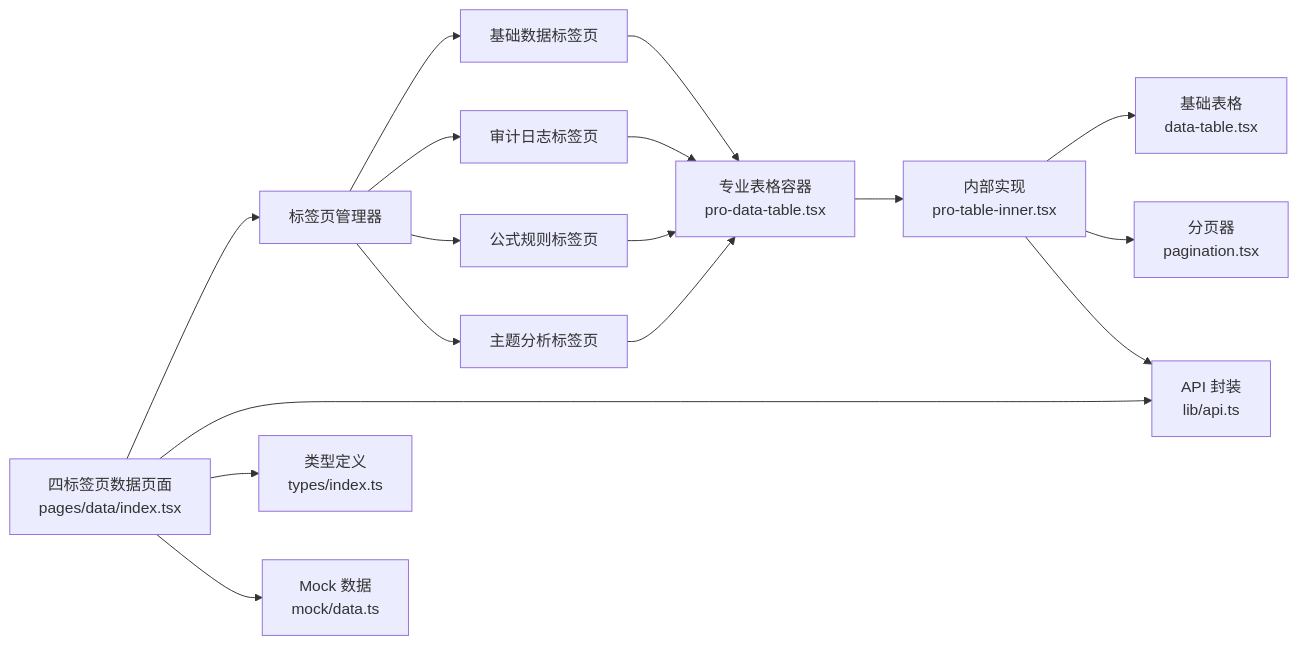
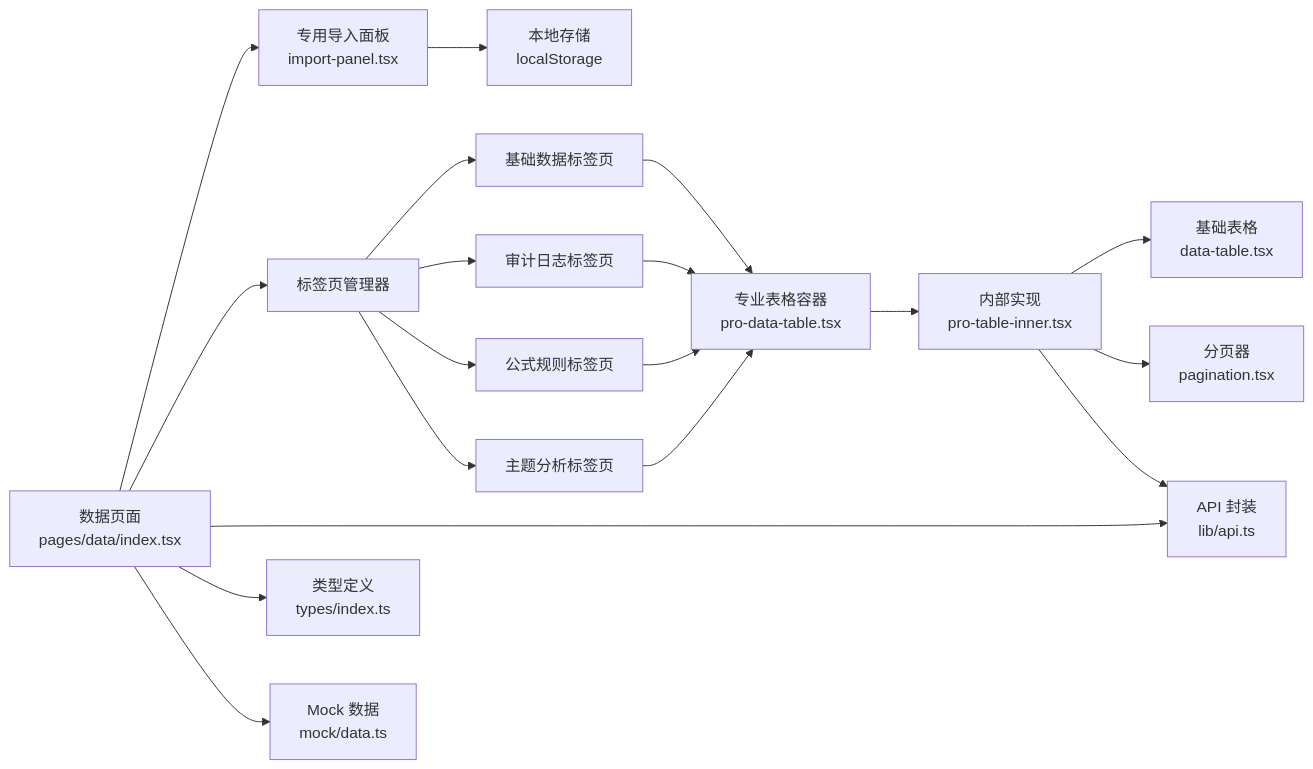
The third of 3 diagrams in .qoder/repowiki/zh/content/页面组件/数据管理页面/数据管理页面.md (Damao997/newproject), drawn with Mermaid before and after one commit. The commit also changed other lines of this file and 118 other files, not shown here.

````diff
--- a/.qoder/repowiki/zh/content/页面组件/数据管理页面/数据管理页面.md
+++ b/.qoder/repowiki/zh/content/页面组件/数据管理页面/数据管理页面.md
@@ -270,19 +275,21 @@
 ```mermaid
 graph LR
-DataPage["四标签页数据页面<br/>pages/data/index.tsx"] --> TabManager["标签页管理器"]
+DataPage["数据页面<br/>pages/data/index.tsx"] --> ImportPanel["专用导入面板<br/>import-panel.tsx"]
+DataPage --> TabManager["标签页管理器"]
 TabManager --> Tab1["基础数据标签页"]
 TabManager --> Tab2["审计日志标签页"]
 TabManager --> Tab3["公式规则标签页"]
 TabManager --> Tab4["主题分析标签页"]
+ImportPanel --> LocalStorage["本地存储<br/>localStorage"]
 Tab1 --> Pro["专业表格容器<br/>pro-data-table.tsx"]
 Tab2 --> Pro
 Tab3 --> Pro
 Tab4 --> Pro
 Pro --> Inner["内部实现<br/>pro-table-inner.tsx"]
 Inner --> Base["基础表格<br/>data-table.tsx"]
 Inner --> Pag["分页器<br/>pagination.tsx"]
 DataPage --> API["API 封装<br/>lib/api.ts"]
 Inner --> API
 DataPage --> Types["类型定义<br/>types/index.ts"]
 DataPage --> Mock["Mock 数据<br/>mock/data.ts"]
 ```
````
